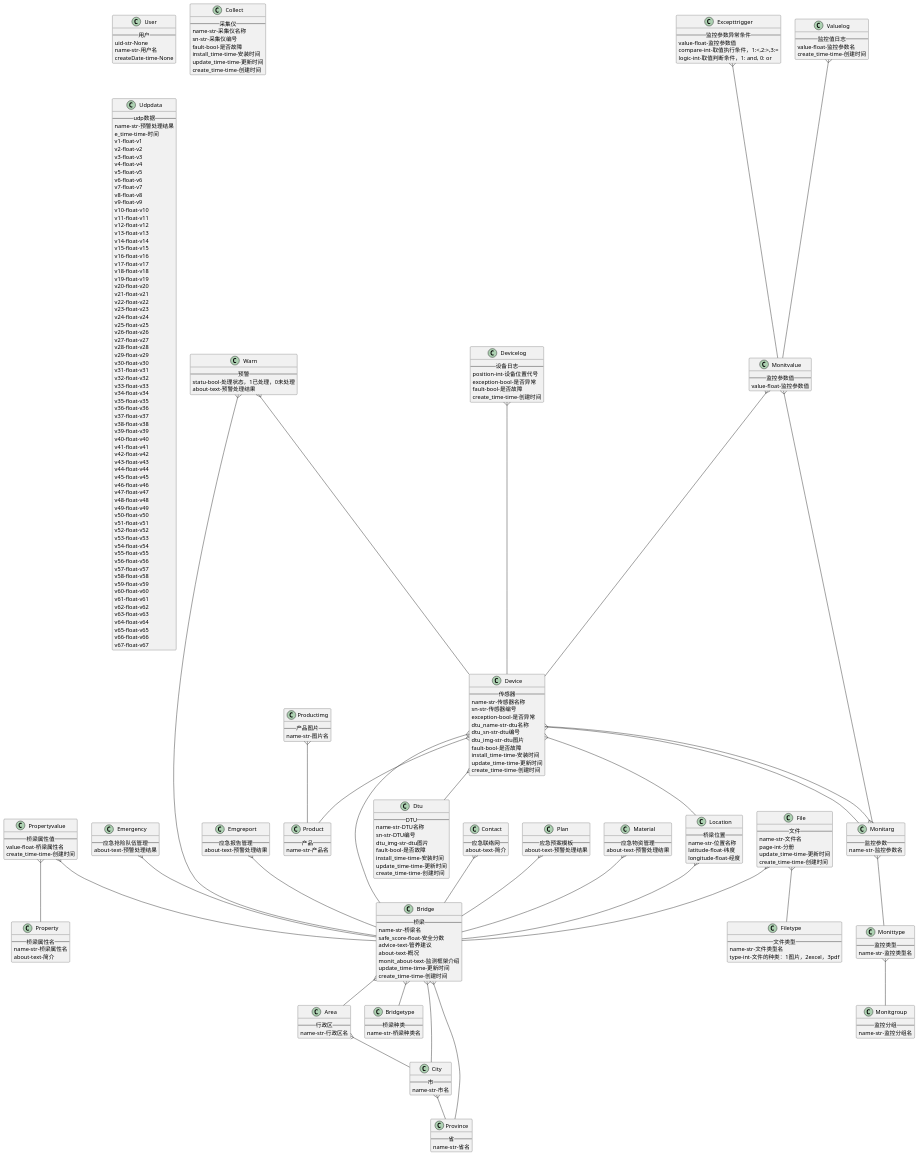
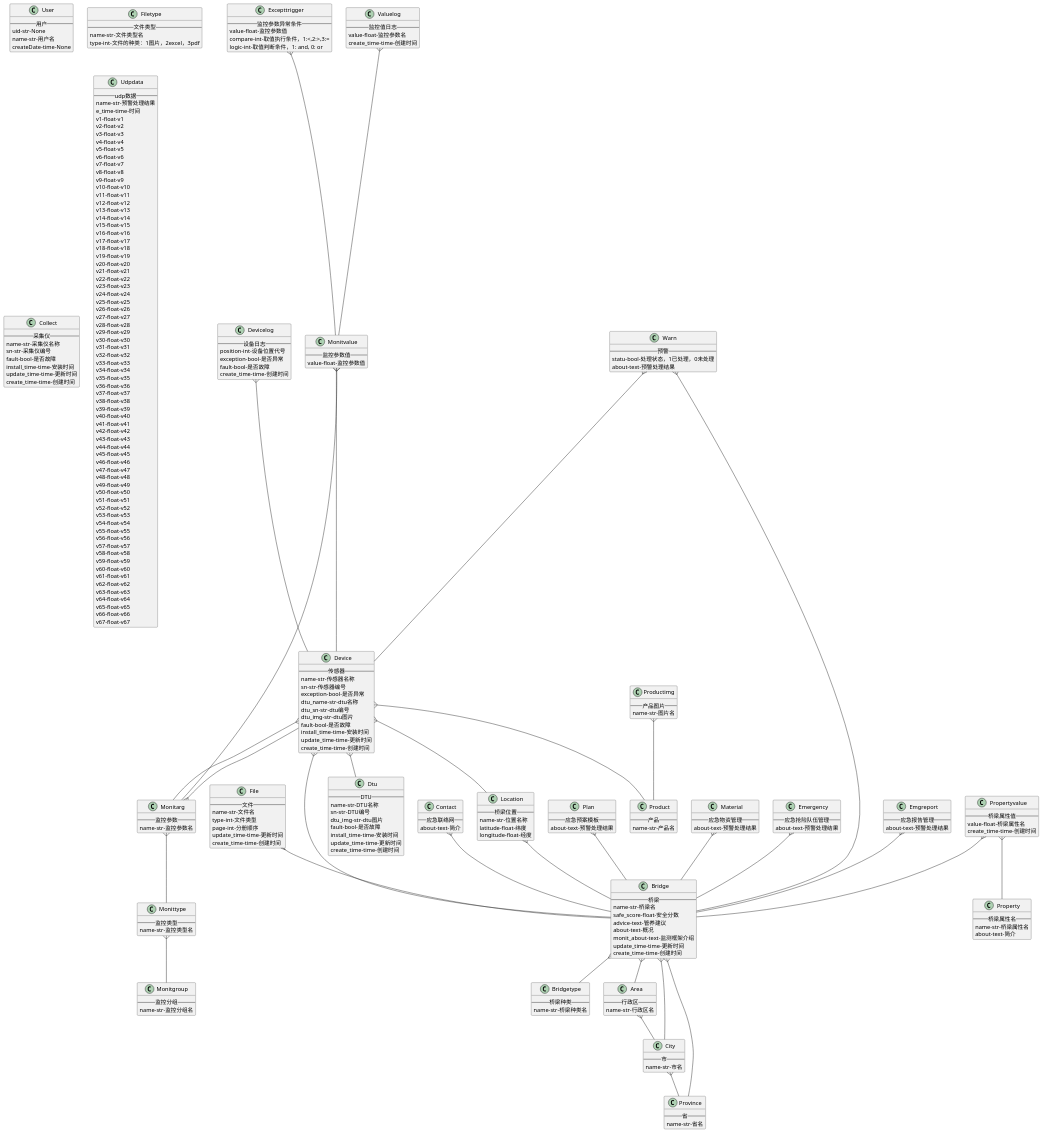
The diagram in 表结构.plantuml (drgonn/doc), drawn with PlantUML before and after one commit. The commit also changed 2 other files, not shown here.

```diff
--- a/表结构.plantuml
+++ b/表结构.plantuml
@@ -57,11 +57,11 @@
 Class File {
 	--文件--
 	name-str-文件名
-	page-int-分册
+	type-int-文件类型
+	page-int-分册顺序
 	update_time-time-更新时间
 	create_time-time-创建时间
 }
-File }-- Filetype
 File }-- Bridge
 Class Product {
 	--产品--
```
